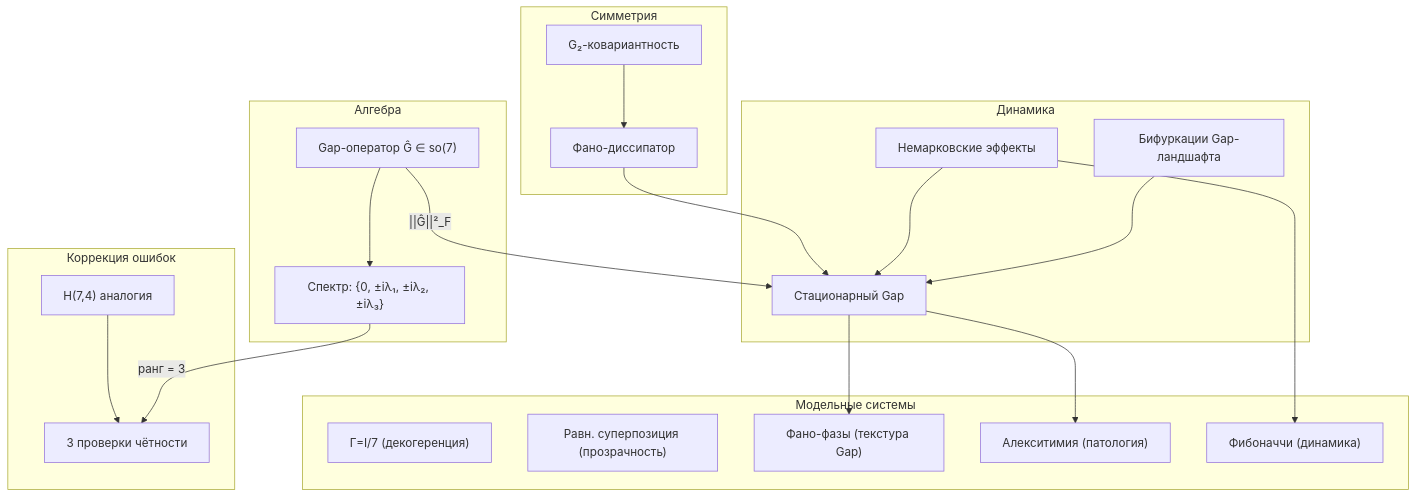
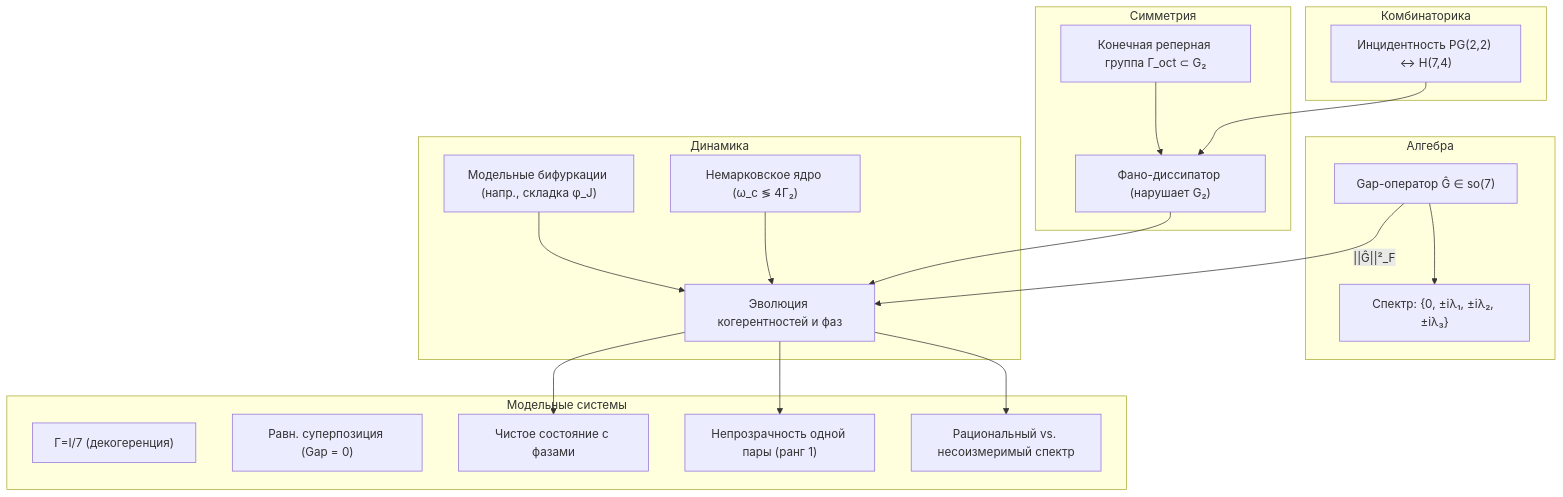
One commit to gst-st/uhm changed the diagram in website/i18n/ru/docusaurus-plugin-content-docs/current/core/dynamics/gap-dynamics.md. Above: the diagram before and after it, drawn with Mermaid. The commit also changed other lines of this file and 376 other files, not shown here.

First line of the commit message:
Refactor UHM canon, decontaminate architecture, and verify EN/RU parity

````diff
--- a/website/i18n/ru/docusaurus-plugin-content-docs/current/core/dynamics/gap-dynamics.md
+++ b/website/i18n/ru/docusaurus-plugin-content-docs/current/core/dynamics/gap-dynamics.md
@@ -587,39 +447,37 @@
 ```mermaid
 graph TD
     subgraph ALG["Алгебра"]
         GO["Gap-оператор Ĝ ∈ so(7)"]
         SP["Спектр: {0, ±iλ₁, ±iλ₂, ±iλ₃}"]
     end
     subgraph DYN["Динамика"]
-        BIF["Бифуркации Gap-ландшафта"]
-        NM["Немарковские эффекты"]
-        STAT["Стационарный Gap"]
+        BIF["Модельные бифуркации (напр., складка φ_J)"]
+        NM["Немарковское ядро (ω_c ≶ 4Γ₂)"]
+        STAT["Эволюция когерентностей и фаз"]
     end
     subgraph SYM["Симметрия"]
-        G2["G₂-ковариантность"]
-        FANO["Фано-диссипатор"]
+        GOCT["Конечная реперная группа Γ_oct ⊂ G₂"]
+        FANO["Фано-диссипатор (нарушает G₂)"]
     end
-    subgraph ERR["Коррекция ошибок"]
-        HAM["H(7,4) аналогия"]
-        PAR["3 проверки чётности"]
+    subgraph ERR["Комбинаторика"]
+        HAM["Инцидентность PG(2,2) ↔ H(7,4)"]
     end
     subgraph MOD["Модельные системы"]
         M1["Γ=I/7 (декогеренция)"]
-        M2["Равн. суперпозиция (прозрачность)"]
-        M3["Фано-фазы (текстура Gap)"]
-        M4["Алекситимия (патология)"]
-        M5["Фибоначчи (динамика)"]
+        M2["Равн. суперпозиция (Gap = 0)"]
+        M3["Чистое состояние с фазами"]
+        M4["Непрозрачность одной пары (ранг 1)"]
+        M5["Рациональный vs. несоизмеримый спектр"]
     end
 
     GO --> SP
-    SP --> |"ранг = 3"| PAR
     GO --> |"||Ĝ||²_F"| STAT
     BIF --> STAT
     NM --> STAT
-    G2 --> FANO
+    GOCT --> FANO
     FANO --> STAT
-    HAM --> PAR
+    HAM --> FANO
     STAT --> M3
     STAT --> M4
-    NM --> M5
+    STAT --> M5
 ```
````
